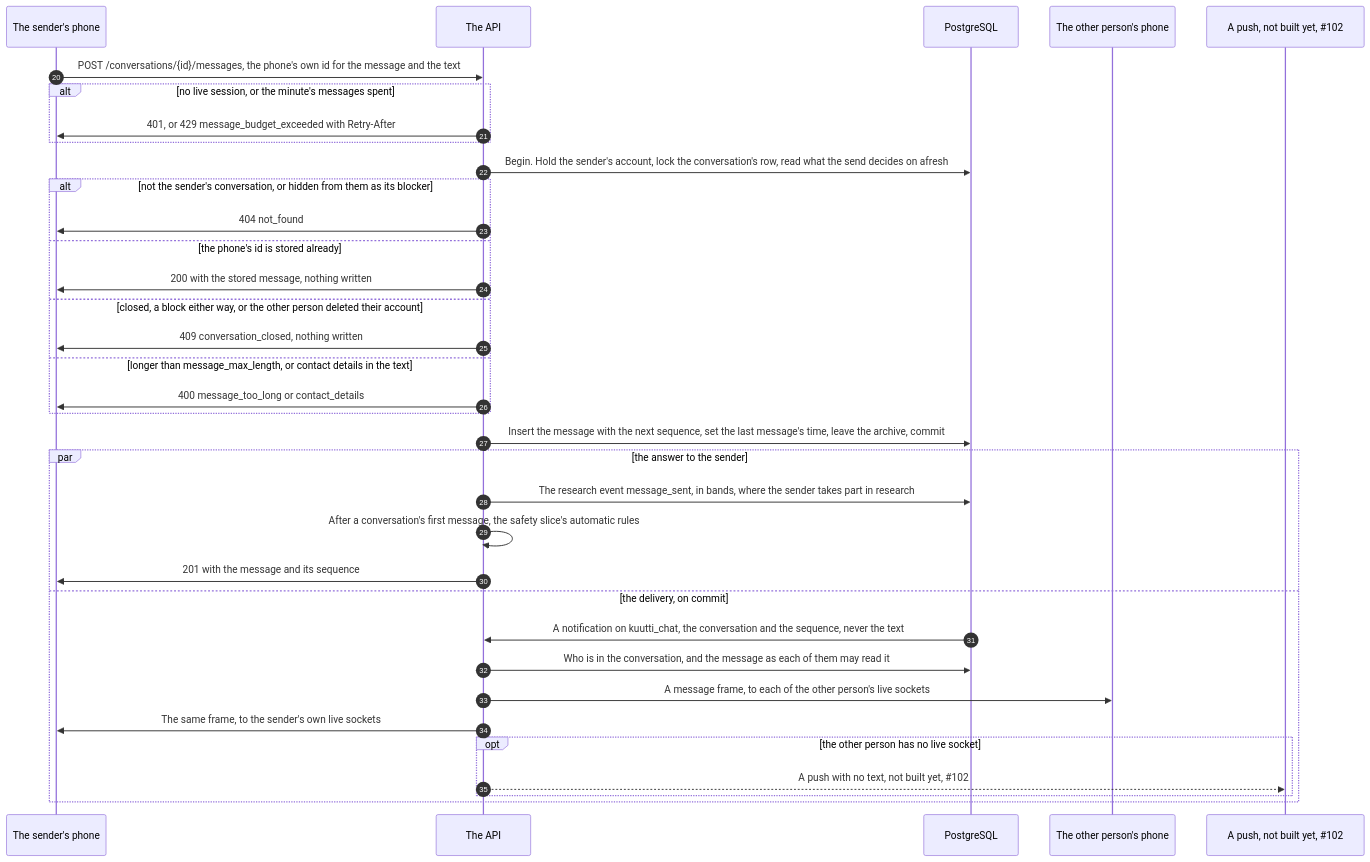
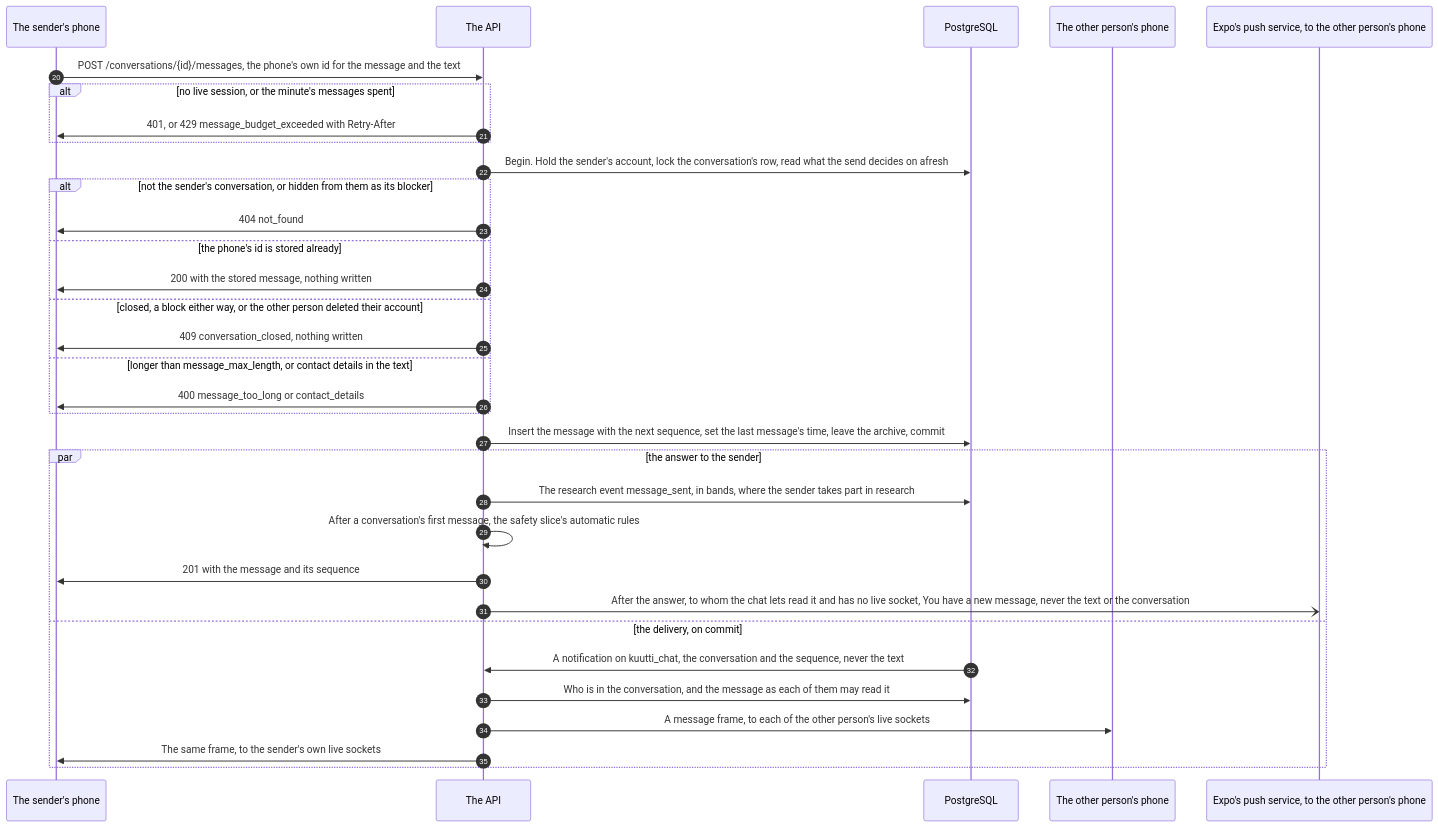
Before and after one commit to kuutti-ry/kuutti-app: the second of 3 diagrams in docs/architecture/sequence-chat.md, drawn with Mermaid. The commit also changed other lines of this file and 123 other files, not shown here.

First line of the commit message:
Push through Expo: a message, a match, the day's round (#102) (#459)

````diff
--- a/docs/architecture/sequence-chat.md
+++ b/docs/architecture/sequence-chat.md
@@ -84,39 +85,37 @@
 ```mermaid
 sequenceDiagram
   accTitle: Chat, part 2: sending a message
-  accDescr: The phone sends a message over HTTP, not over the socket. In one transaction the API holds the sender's account, locks the conversation's row, reads it afresh and refuses a conversation that is not the sender's, a resend, a closed or blocked conversation, a text too long or one with contact details. Otherwise it stores the message with the next sequence and commits. The sender gets the stored message back. On commit a trigger notifies kuutti_chat with ids only, and the hub reads the message as each person may see it and sends it to their live sockets. A push for a person with no live socket is not built yet, issue 102.
+  accDescr: The phone sends a message over HTTP, not over the socket. In one transaction the API holds the sender's account, locks the conversation's row, reads it afresh and refuses a conversation that is not the sender's, a resend, a closed or blocked conversation, a text too long or one with contact details. Otherwise it stores the message with the next sequence and commits. After the commit the API pushes the other person through Expo when they have no live socket: one line, never the text or a name. The sender gets the stored message back. On commit a trigger notifies kuutti_chat with ids only, and the hub reads the message as each person may see it and sends it to their live sockets.
   autonumber 20
   participant phone as The sender's phone
   participant api as The API
   participant db as PostgreSQL
   participant other as The other person's phone
-  participant push as A push, not built yet, #35;102
+  participant push as Expo's push service, to the other person's phone
   phone->>api: POST /conversations/{id}/messages, the phone's own id for the message and the text
   alt no live session, or the minute's messages spent
     api->>phone: 401, or 429 message_budget_exceeded with Retry-After
   end
   api->>db: Begin. Hold the sender's account, lock the conversation's row, read what the send decides on afresh
   alt not the sender's conversation, or hidden from them as its blocker
     api->>phone: 404 not_found
   else the phone's id is stored already
     api->>phone: 200 with the stored message, nothing written
   else closed, a block either way, or the other person deleted their account
     api->>phone: 409 conversation_closed, nothing written
   else longer than message_max_length, or contact details in the text
     api->>phone: 400 message_too_long or contact_details
   end
   api->>db: Insert the message with the next sequence, set the last message's time, leave the archive, commit
   par the answer to the sender
     api->>db: The research event message_sent, in bands, where the sender takes part in research
     api->>api: After a conversation's first message, the safety slice's automatic rules
     api->>phone: 201 with the message and its sequence
+    api-)push: After the answer, to whom the chat lets read it and has no live socket, You have a new message, never the text or the conversation
   and the delivery, on commit
     db->>api: A notification on kuutti_chat, the conversation and the sequence, never the text
     api->>db: Who is in the conversation, and the message as each of them may read it
     api->>other: A message frame, to each of the other person's live sockets
     api->>phone: The same frame, to the sender's own live sockets
-    opt the other person has no live socket
-      api-->>push: A push with no text, not built yet, #35;102
-    end
   end
 ```
````
